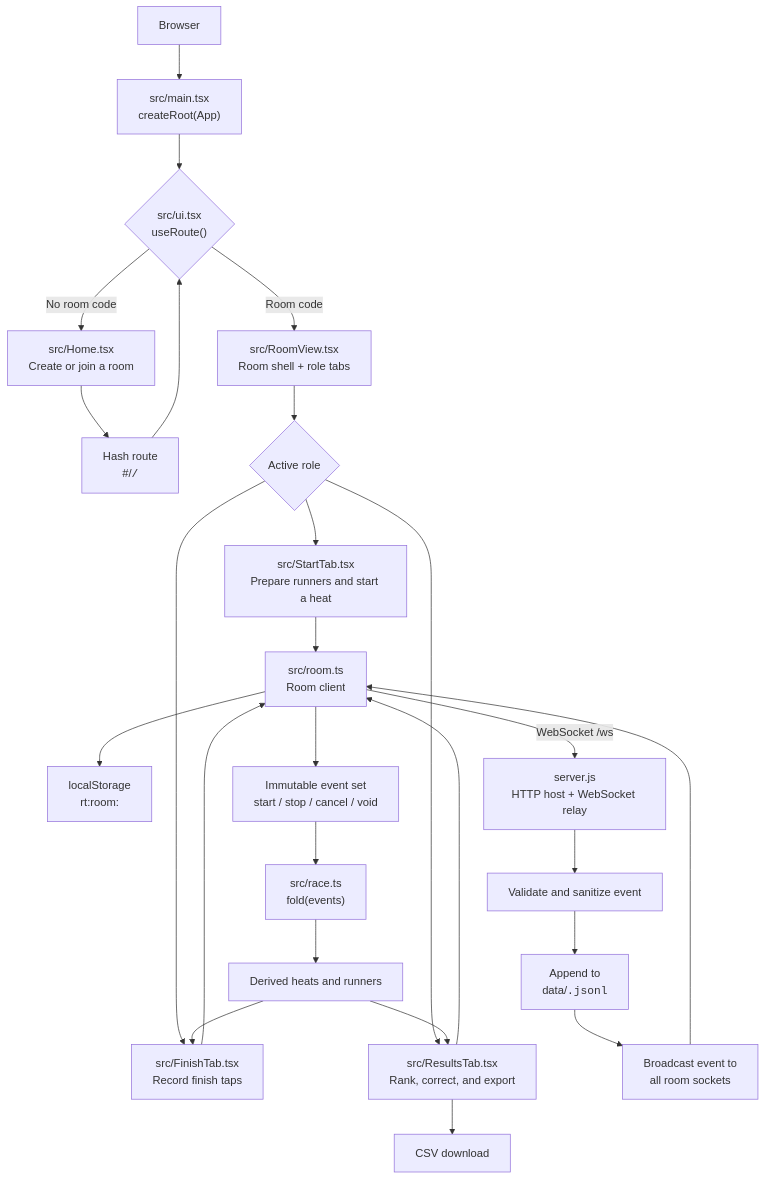
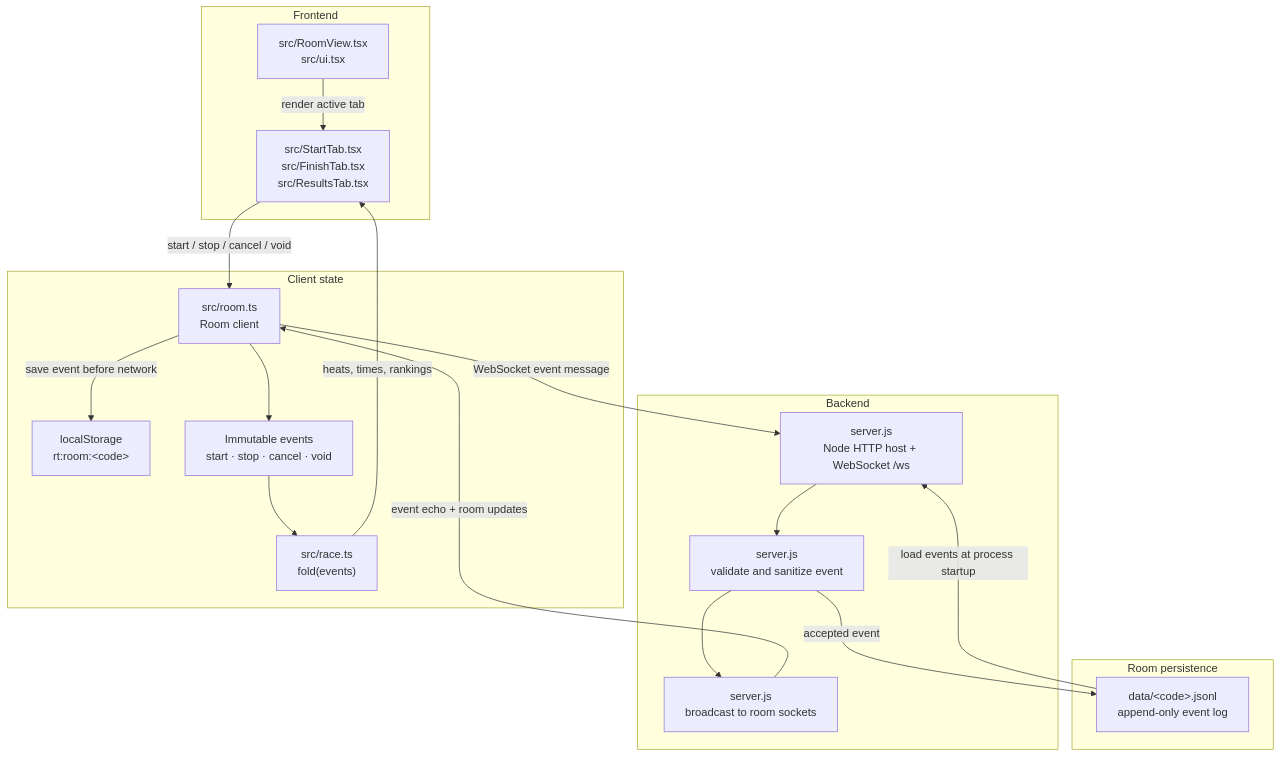
The first of 2 diagrams in docs/REPOSITORY-FLOW.md (nickkeepgoing/race-timer), drawn with Mermaid before and after one commit. The commit also changed other lines of this file and 2 other files, not shown here.

Commit message:
docs: simplify repository flow references

````diff
--- a/docs/REPOSITORY-FLOW.md
+++ b/docs/REPOSITORY-FLOW.md
@@ -9,35 +10,37 @@
 ```mermaid
 flowchart TD
-    Browser["Browser"] --> Entry["src/main.tsx<br/>createRoot(App)"]
-    Entry --> Route{"src/ui.tsx<br/>useRoute()"}
+    subgraph Frontend["Frontend"]
+        UI["src/StartTab.tsx<br/>src/FinishTab.tsx<br/>src/ResultsTab.tsx"]
+        View["src/RoomView.tsx<br/>src/ui.tsx"]
+    end
 
-    Route -->|No room code| Home["src/Home.tsx<br/>Create or join a room"]
-    Route -->|Room code| RoomView["src/RoomView.tsx<br/>Room shell + role tabs"]
+    subgraph Client["Client state"]
+        Room["src/room.ts<br/>Room client"]
+        Local["localStorage<br/>rt:room:&lt;code&gt;"]
+        Events["Immutable events<br/>start · stop · cancel · void"]
+        Fold["src/race.ts<br/>fold(events)"]
+    end
 
-    Home --> Navigate["Hash route<br/>#/<code>/<role>"]
-    Navigate --> Route
+    subgraph Backend["Backend"]
+        Server["server.js<br/>Node HTTP host + WebSocket /ws"]
+        Validate["server.js<br/>validate and sanitize event"]
+        Broadcast["server.js<br/>broadcast to room sockets"]
+    end
 
-    RoomView --> Role{"Active role"}
-    Role --> Start["src/StartTab.tsx<br/>Prepare runners and start a heat"]
-    Role --> Finish["src/FinishTab.tsx<br/>Record finish taps"]
-    Role --> Results["src/ResultsTab.tsx<br/>Rank, correct, and export"]
+    subgraph Persistence["Room persistence"]
+        Jsonl["data/&lt;code&gt;.jsonl<br/>append-only event log"]
+    end
 
-    Start --> RoomClient["src/room.ts<br/>Room client"]
-    Finish --> RoomClient
-    Results --> RoomClient
-
-    RoomClient --> Local["localStorage<br/>rt:room:<code>"]
-    RoomClient -->|WebSocket /ws| Relay["server.js<br/>HTTP host + WebSocket relay"]
-
-    Relay --> Validate["Validate and sanitize event"]
-    Validate --> Append["Append to<br/>data/<code>.jsonl"]
-    Append --> Broadcast["Broadcast event to<br/>all room sockets"]
-    Broadcast --> RoomClient
-
-    RoomClient --> Events["Immutable event set<br/>start / stop / cancel / void"]
-    Events --> Fold["src/race.ts<br/>fold(events)"]
-    Fold --> Heats["Derived heats and runners"]
-    Heats --> Finish
-    Heats --> Results
-    Results --> CSV["CSV download"]
+    View -->|render active tab| UI
+    UI -->|start / stop / cancel / void| Room
+    Room -->|save event before network| Local
+    Room --> Events
+    Room -->|WebSocket event message| Server
+    Server --> Validate
+    Validate -->|accepted event| Jsonl
+    Validate --> Broadcast
+    Broadcast -->|event echo + room updates| Room
+    Jsonl -->|load events at process startup| Server
+    Events --> Fold
+    Fold -->|heats, times, rankings| UI
 ```
````
